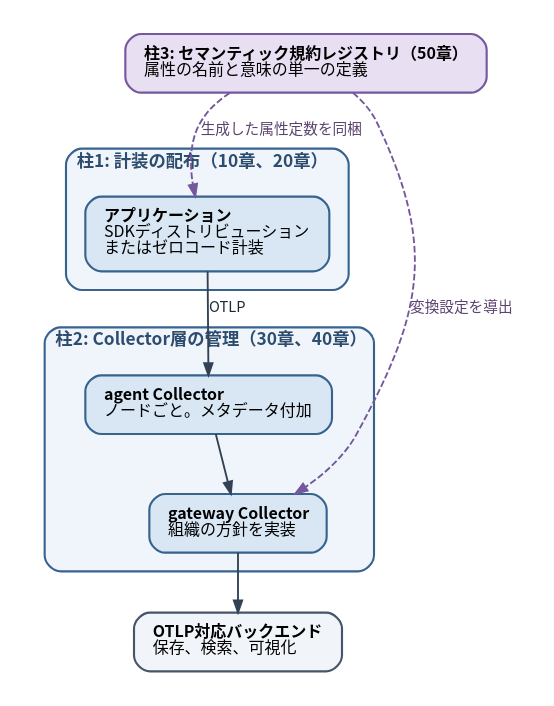
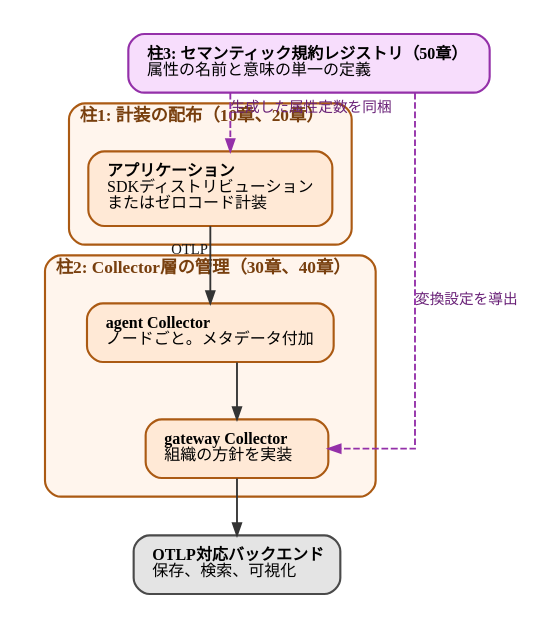
Before and after one commit to ymotongpoo/zenn.dev: the diagram in diagrams/observability-platform-with-otel/20260926-three-pillars.dot, drawn with Graphviz. The commit also changed 33 other files, not shown here.

First line of the commit message:
fix(otel-platform): 図16枚を book-diagram-graphviz の規範へ移行する

```diff
--- a/diagrams/observability-platform-with-otel/20260926-three-pillars.dot
+++ b/diagrams/observability-platform-with-otel/20260926-three-pillars.dot
@@ -1,46 +1,46 @@
 // セルフサービステレメトリー基盤の3本柱
 digraph three_pillars {
   graph [
-    fontname="Harano Aji Gothic,Noto Sans CJK JP,IPAGothic", fontsize=13,
-    rankdir=TB, compound=true, splines=true,
+    fontname="IBM Plex Sans JP", fontsize=13,
+    rankdir=TB, compound=true, splines=ortho,
     nodesep=0.5, ranksep=0.6, pad=0.25,
     bgcolor="white", newrank=true
   ];
   node [
-    fontname="Harano Aji Gothic,Noto Sans CJK JP,IPAGothic", fontsize=12,
+    fontname="IBM Plex Sans JP", fontsize=12,
     shape=box, style="rounded,filled",
-    fillcolor="#F1F5F9", color="#475569", penwidth=1.6,
+    fillcolor="#E4E4E4", color="#4A4A4A", penwidth=1.6,
     margin="0.2,0.14"
   ];
   edge [
-    fontname="Harano Aji Gothic,Noto Sans CJK JP,IPAGothic", fontsize=11,
-    color="#334155", penwidth=1.4, arrowsize=0.9,
-    fontcolor="#1E293B"
+    fontname="IBM Plex Sans JP", fontsize=11,
+    color="#343434", penwidth=1.4, arrowsize=0.9,
+    fontcolor="#171717"
   ];
 
   subgraph cluster_pillar1 {
     label=<<b>柱1: 計装の配布（10章、20章）</b>>;
     labeljust="l"; style="rounded"; penwidth=1.6;
-    color="#38638F"; bgcolor="#EFF5FB"; fontcolor="#2E4D6E"; margin=14;
-    app [label=<<b>アプリケーション</b><br align="left"/>SDKディストリビューション<br align="left"/>またはゼロコード計装<br align="left"/>>, fillcolor="#D9E7F4", color="#38638F"];
+    color="#AB5A13"; bgcolor="#FFF5ED"; fontcolor="#783F0E"; margin=14;
+    app [label=<<b>アプリケーション</b><br align="left"/>SDKディストリビューション<br align="left"/>またはゼロコード計装<br align="left"/>>, fillcolor="#FFE9D6", color="#AB5A13"];
   }
 
   subgraph cluster_pillar2 {
     label=<<b>柱2: Collector層の管理（30章、40章）</b>>;
     labeljust="l"; style="rounded"; penwidth=1.6;
-    color="#38638F"; bgcolor="#EFF5FB"; fontcolor="#2E4D6E"; margin=14;
-    agent [label=<<b>agent Collector</b><br align="left"/>ノードごと。メタデータ付加<br align="left"/>>, fillcolor="#D9E7F4", color="#38638F"];
-    gateway [label=<<b>gateway Collector</b><br align="left"/>組織の方針を実装<br align="left"/>>, fillcolor="#D9E7F4", color="#38638F"];
+    color="#AB5A13"; bgcolor="#FFF5ED"; fontcolor="#783F0E"; margin=14;
+    agent [label=<<b>agent Collector</b><br align="left"/>ノードごと。メタデータ付加<br align="left"/>>, fillcolor="#FFE9D6", color="#AB5A13"];
+    gateway [label=<<b>gateway Collector</b><br align="left"/>組織の方針を実装<br align="left"/>>, fillcolor="#FFE9D6", color="#AB5A13"];
   }
 
   backend [label=<<b>OTLP対応バックエンド</b><br align="left"/>保存、検索、可視化<br align="left"/>>];
 
-  registry [label=<<b>柱3: セマンティック規約レジストリ（50章）</b><br align="left"/>属性の名前と意味の単一の定義<br align="left"/>>, fillcolor="#E9DFF2", color="#75589C"];
+  registry [label=<<b>柱3: セマンティック規約レジストリ（50章）</b><br align="left"/>属性の名前と意味の単一の定義<br align="left"/>>, fillcolor="#F7DDFC", color="#9430A9"];
 
-  app -> agent [label=" OTLP"];
+  app -> agent [xlabel=" OTLP"];
   agent -> gateway;
   gateway -> backend;
 
-  registry -> app [style=dashed, color="#75589C", fontcolor="#5B4370", label=" 生成した属性定数を同梱\l"];
-  registry -> gateway [style=dashed, color="#75589C", fontcolor="#5B4370", label=" 変換設定を導出\l"];
+  registry -> app [style=dashed, color="#9430A9", fontcolor="#6A2278", xlabel=" 生成した属性定数を同梱\l"];
+  registry -> gateway [style=dashed, color="#9430A9", fontcolor="#6A2278", xlabel=" 変換設定を導出\l"];
 }
```
